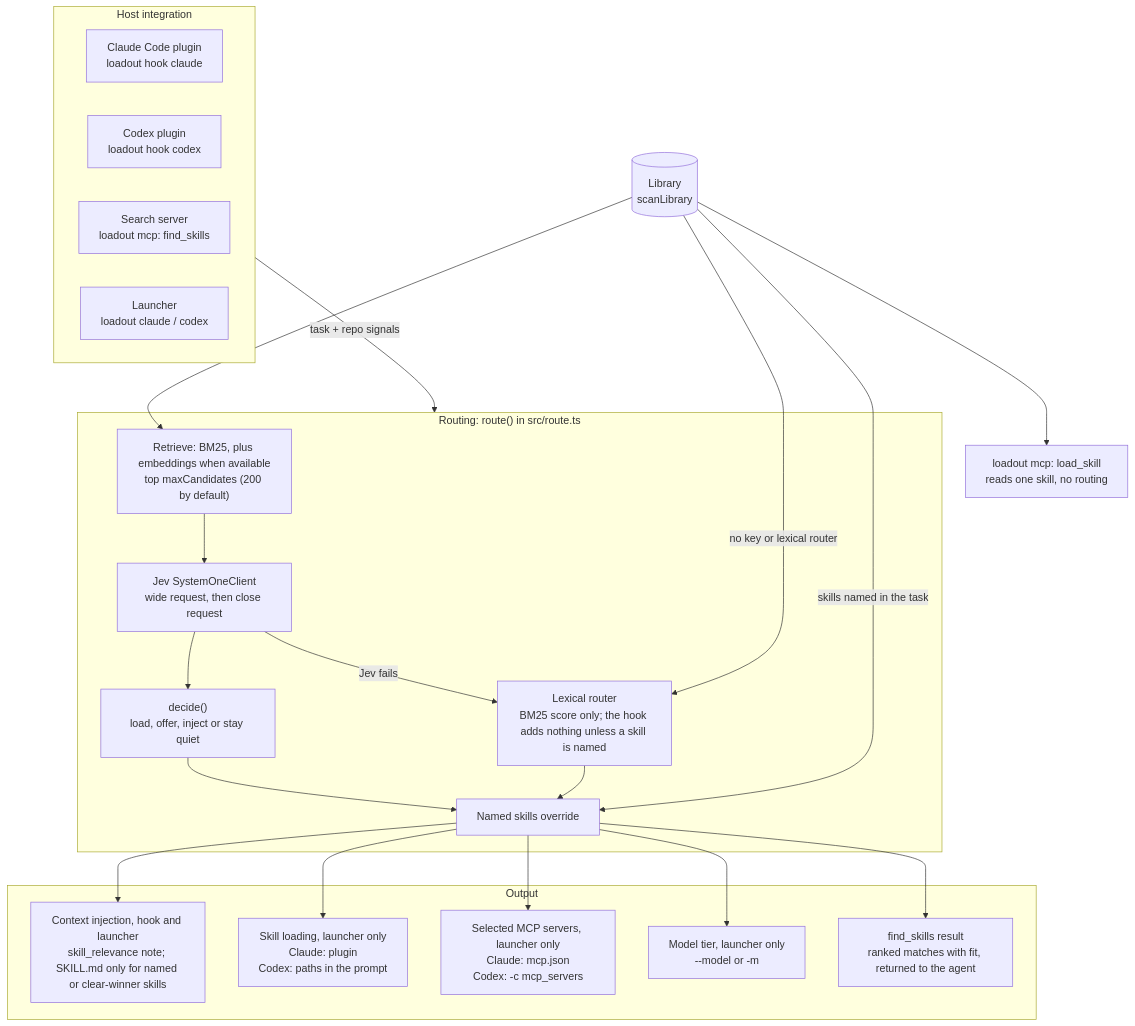
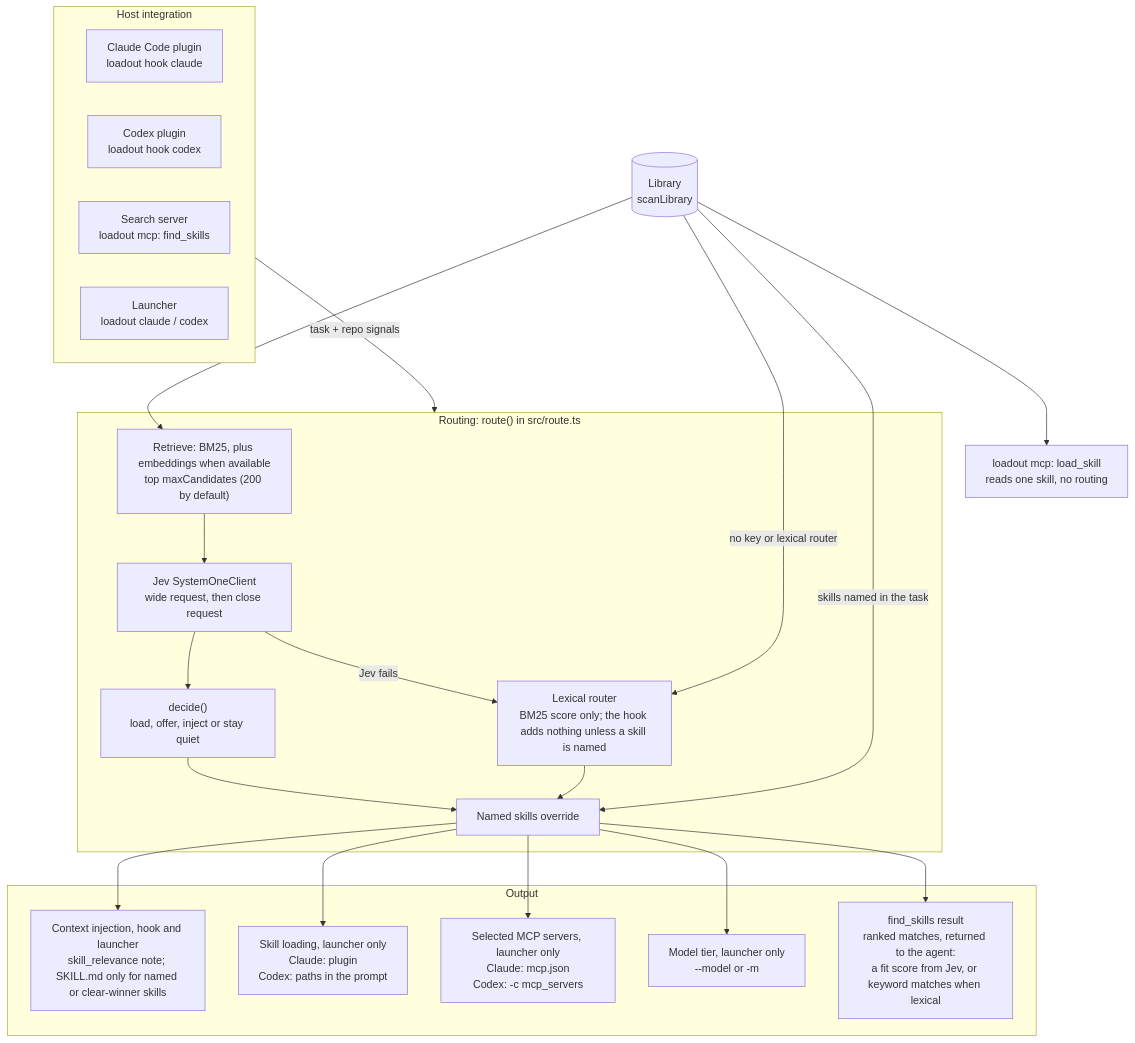
Before and after one commit to erik-hedstrom/loadout: the diagram in DESIGN.md, drawn with Mermaid.

Commit message:
DESIGN: find_skills result has a fit score only from Jev; lexical returns keyword matches
Claude-Session: https://claude.ai/code/session_01HuyR49tfEGYja23caRY2JK

````diff
--- a/DESIGN.md
+++ b/DESIGN.md
@@ -29,44 +29,44 @@
 ```mermaid
 flowchart TB
     subgraph host["Host integration"]
         CH["Claude Code plugin<br/>loadout hook claude"]
         XH["Codex plugin<br/>loadout hook codex"]
         MS["Search server<br/>loadout mcp: find_skills"]
         LA["Launcher<br/>loadout claude / codex"]
     end
 
     LIB[("Library<br/>scanLibrary")]
     LS["loadout mcp: load_skill<br/>reads one skill, no routing"]
 
     subgraph routing["Routing: route() in src/route.ts"]
         RET["Retrieve: BM25, plus embeddings when available<br/>top maxCandidates (200 by default)"]
         JEV["Jev SystemOneClient<br/>wide request, then close request"]
         DEC["decide()<br/>load, offer, inject or stay quiet"]
         LEX["Lexical router<br/>BM25 score only; the hook adds nothing unless a skill is named"]
         MEN["Named skills override"]
         RET --> JEV
         JEV -->|"Jev fails"| LEX
         JEV --> DEC
         DEC --> MEN
         LEX --> MEN
     end
 
     subgraph out["Output"]
         CTX["Context injection, hook and launcher<br/>skill_relevance note; SKILL.md only for named or clear-winner skills"]
         SKL["Skill loading, launcher only<br/>Claude: plugin<br/>Codex: paths in the prompt"]
         MCPS["Selected MCP servers, launcher only<br/>Claude: mcp.json<br/>Codex: -c mcp_servers"]
         TIER["Model tier, launcher only<br/>--model or -m"]
-        FSR["find_skills result<br/>ranked matches with fit, returned to the agent"]
+        FSR["find_skills result<br/>ranked matches, returned to the agent:<br/>a fit score from Jev, or keyword matches when lexical"]
     end
 
     host -->|"task + repo signals"| routing
     LIB --> RET
     LIB -->|"no key or lexical router"| LEX
     LIB -->|"skills named in the task"| MEN
     LIB --> LS
     MEN --> CTX
     MEN --> SKL
     MEN --> MCPS
     MEN --> TIER
     MEN --> FSR
 ```
````
